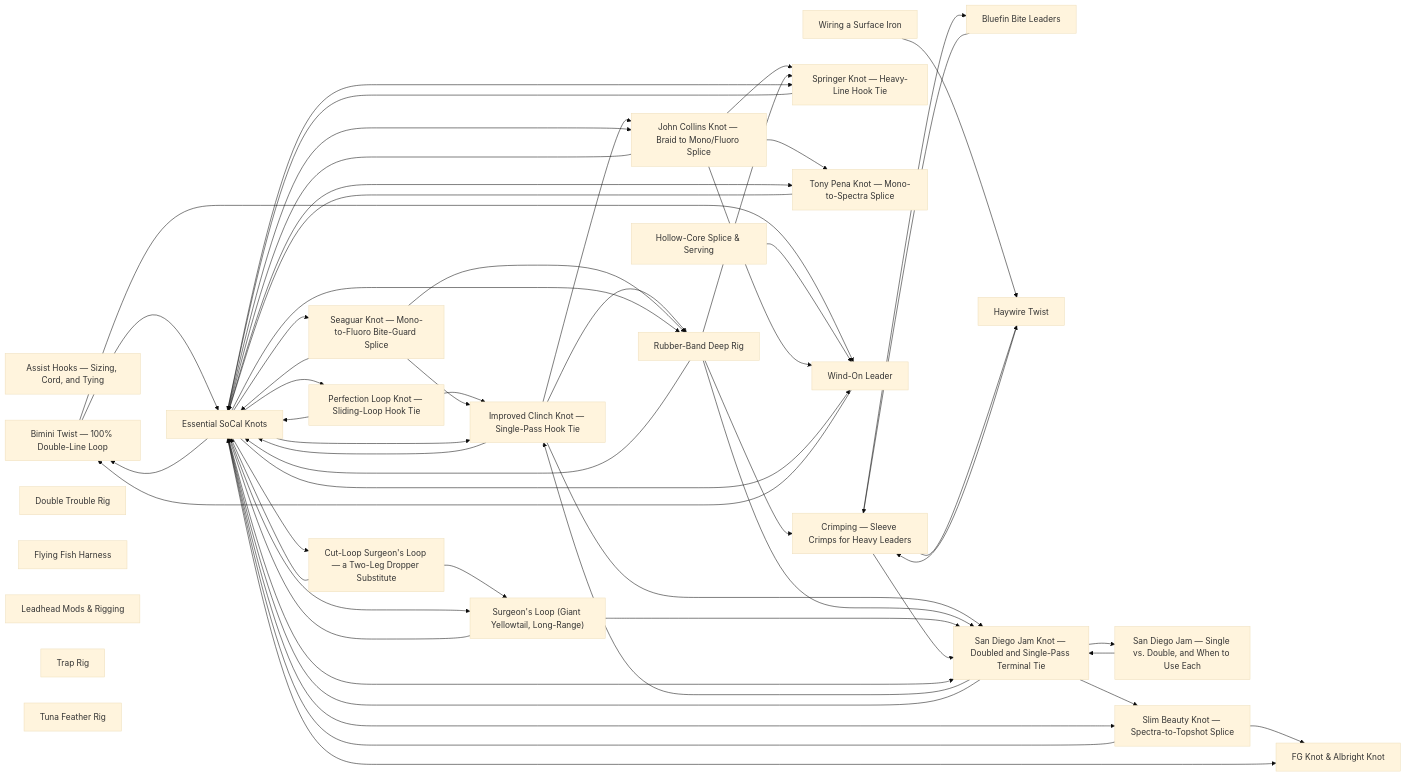
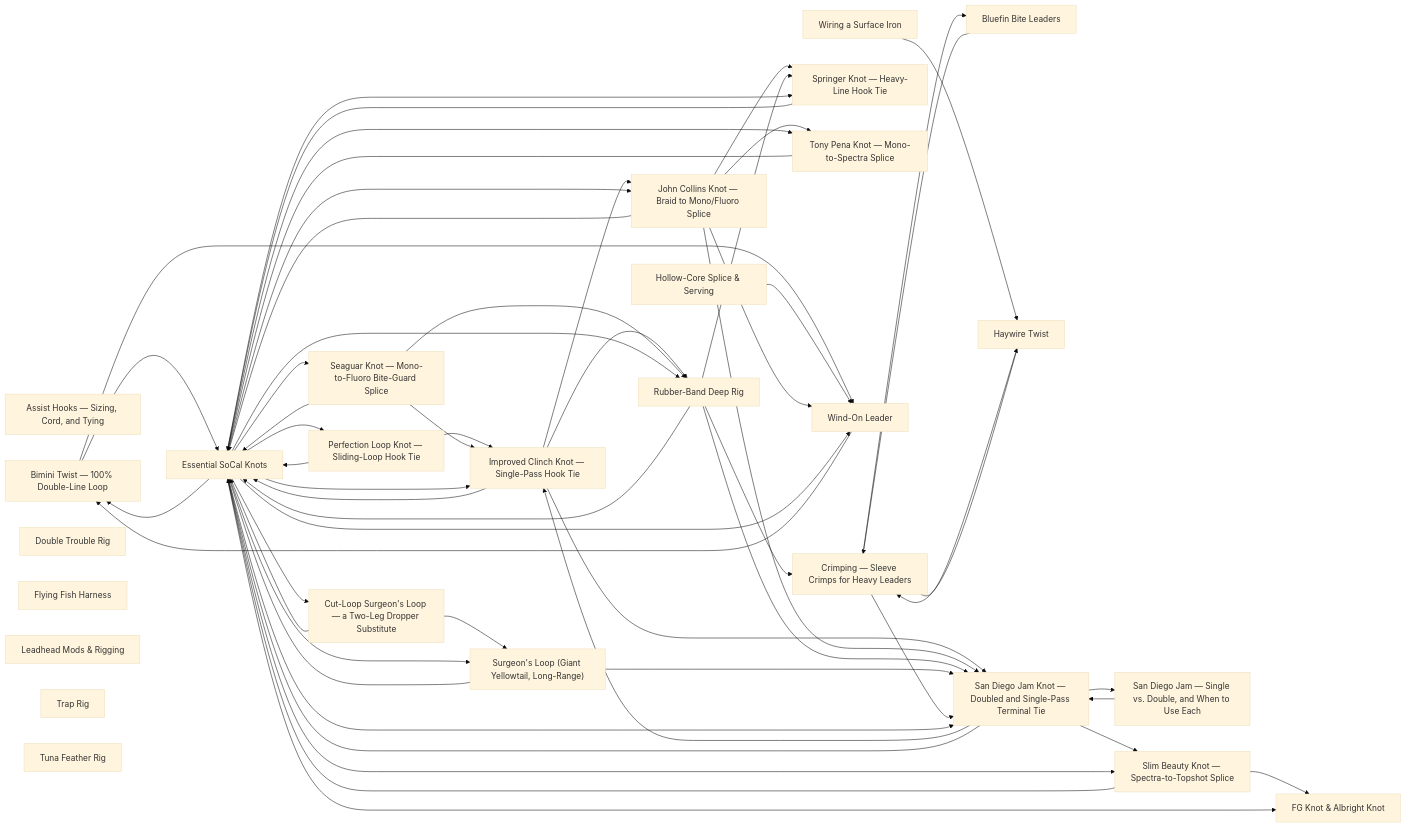
One commit to camchuckpete-max/Socal-Fishing-Knowledge changed the diagram in rigging/README.md. Above: the diagram before and after it, drawn with Mermaid (base theme). The commit also changed 19 other files, not shown here.

```diff
--- a/rigging/README.md
+++ b/rigging/README.md
@@ -73,6 +73,7 @@
   n11 --> n15
   n11 --> n16
   n11 --> n6
+  n12 --> n16
   n12 --> n20
   n12 --> n22
   n12 --> n25
```
